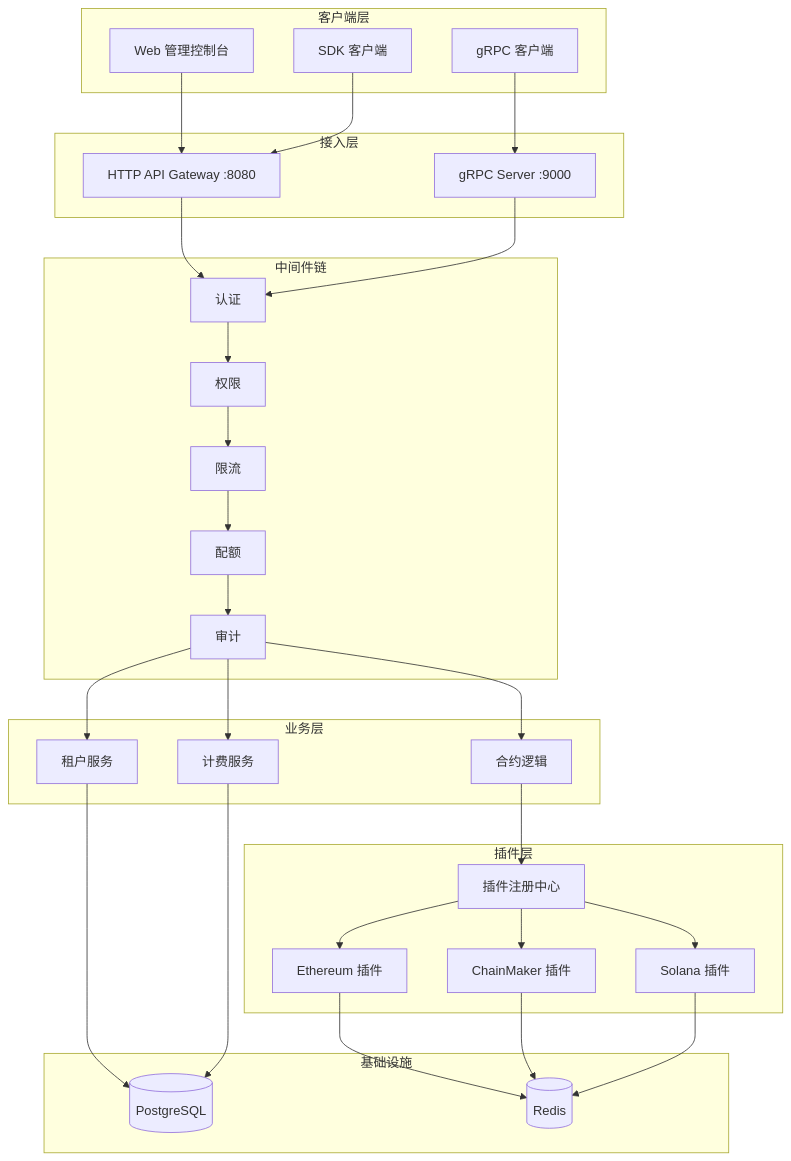
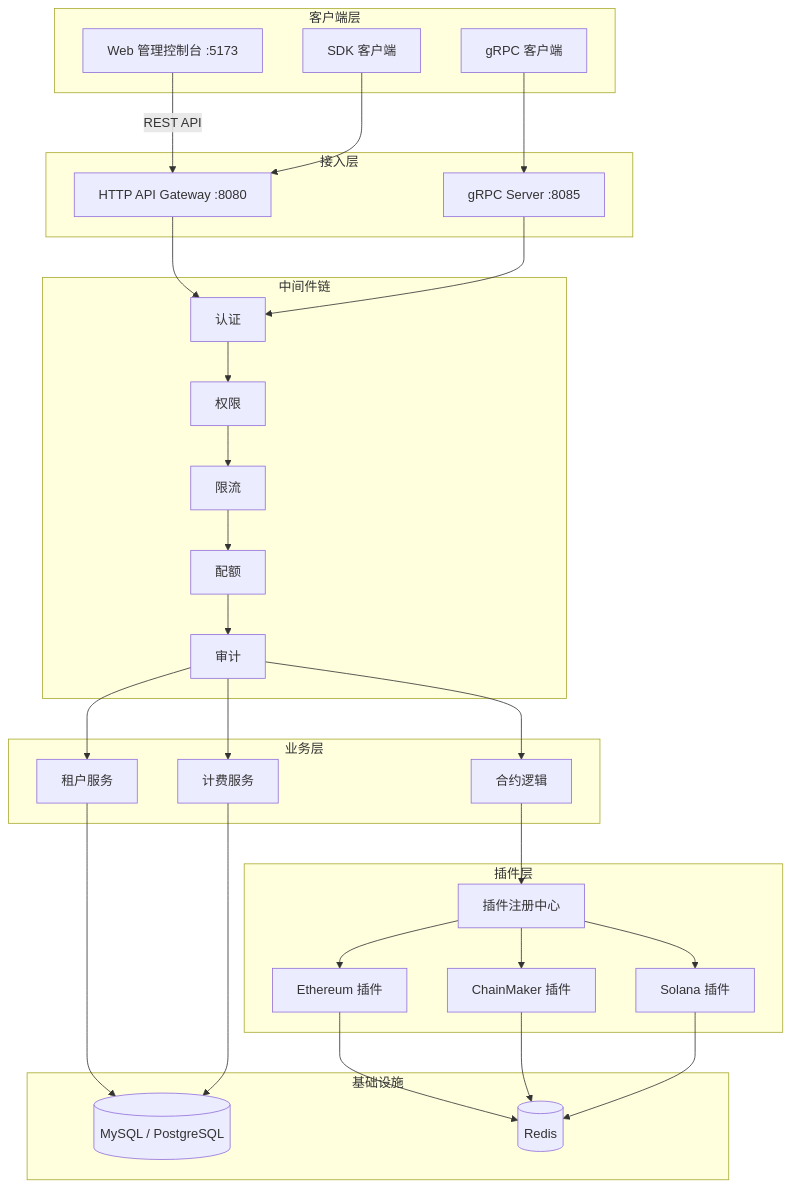
One commit to jackz-jones/blockchain-interactive-service changed the diagram in README_CN.md. Above: the diagram before and after it, drawn with Mermaid. The commit also changed other lines of this file and 43 other files, not shown here.

First line of the commit message:
feat(web): add Web Dashboard & update documentation

````diff
--- a/README_CN.md
+++ b/README_CN.md
@@ -43,53 +46,53 @@
 ```mermaid
 graph TB
     subgraph "客户端层"
-        Dashboard[Web 管理控制台]
+        Dashboard[Web 管理控制台 :5173]
         SDK[SDK 客户端]
         GRPC[gRPC 客户端]
     end
 
     subgraph "接入层"
         GW[HTTP API Gateway :8080]
-        GS[gRPC Server :9000]
+        GS[gRPC Server :8085]
     end
 
     subgraph "中间件链"
         AUTH[认证] --> RBAC2[权限] --> RL[限流] --> QT[配额] --> AD[审计]
     end
 
     subgraph "业务层"
         TS[租户服务]
         BS[计费服务]
         CL[合约逻辑]
     end
 
     subgraph "插件层"
         PR[插件注册中心]
         EP[Ethereum 插件]
         CP[ChainMaker 插件]
         SP[Solana 插件]
     end
 
     subgraph "基础设施"
-        PG[(PostgreSQL)]
+        DB[(MySQL / PostgreSQL)]
         RD[(Redis)]
     end
 
-    Dashboard --> GW
+    Dashboard -->|REST API| GW
     SDK --> GW
     GRPC --> GS
     GW --> AUTH
     GS --> AUTH
     AD --> TS
     AD --> BS
     AD --> CL
     CL --> PR
     PR --> EP
     PR --> CP
     PR --> SP
-    TS --> PG
-    BS --> PG
+    TS --> DB
+    BS --> DB
     EP --> RD
     CP --> RD
     SP --> RD
 ```
````
